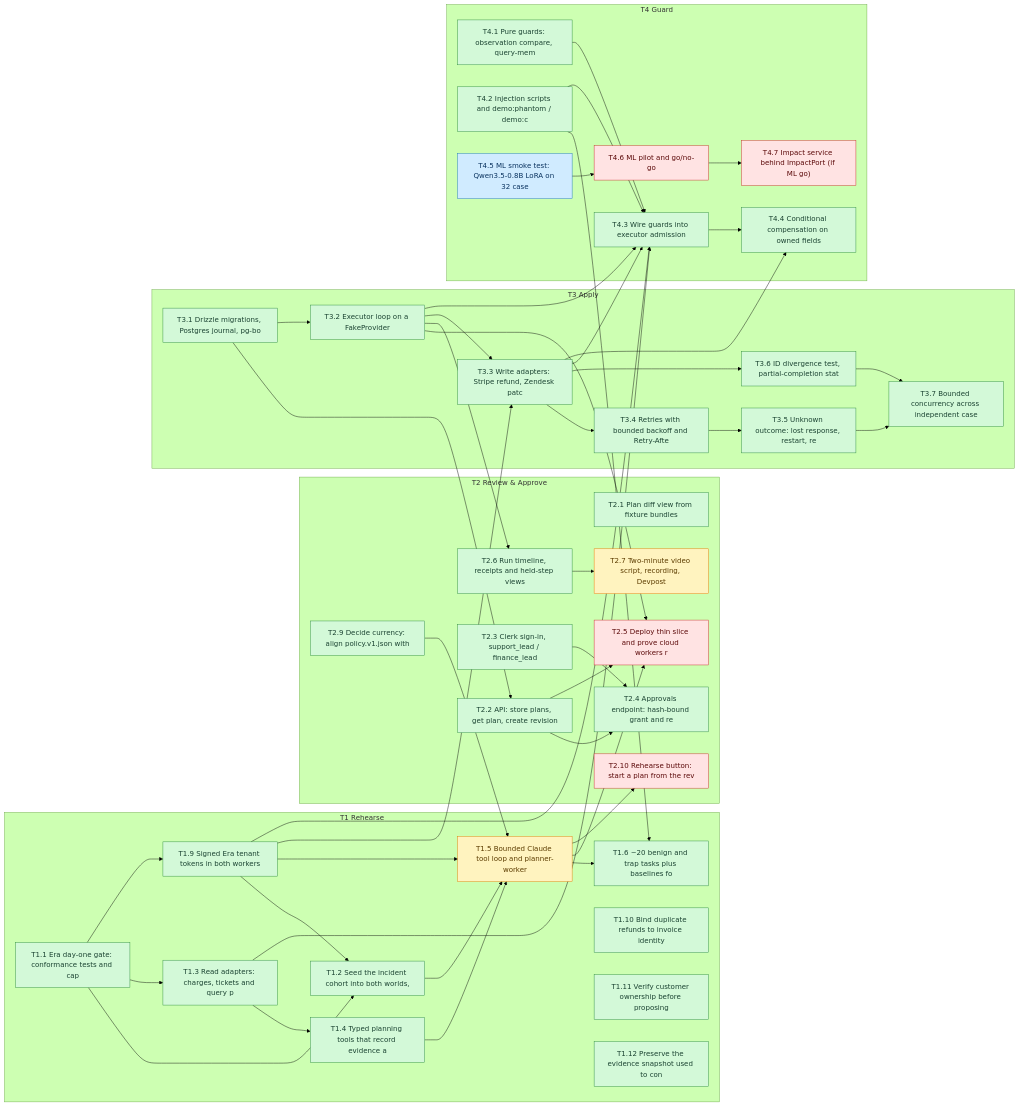
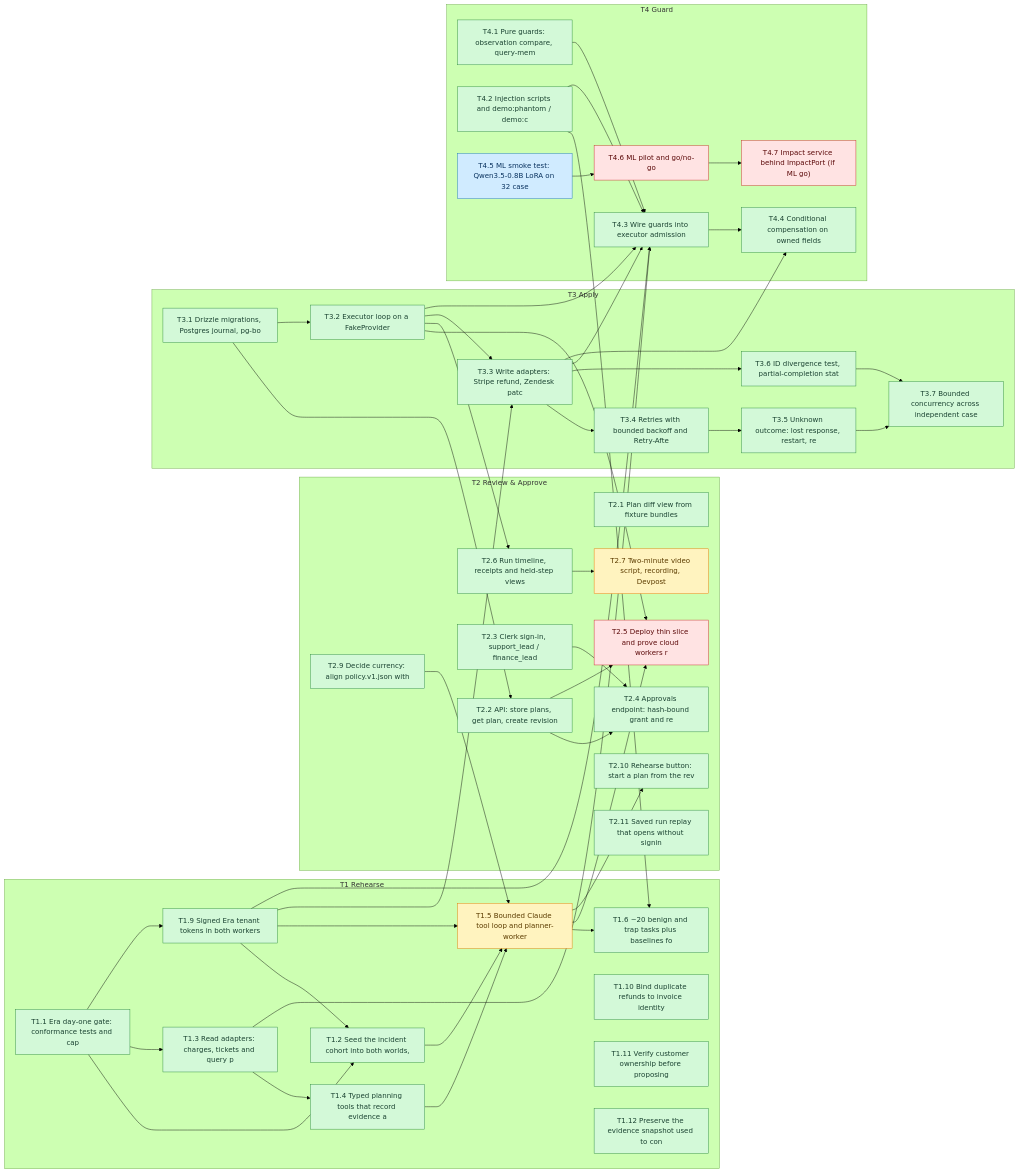
The diagram in BLOCKERS.md (SoroushRF/Rehearsal), drawn with Mermaid (forest theme) before and after one commit. The commit also changed other lines of this file, not shown here.

```diff
--- a/BLOCKERS.md
+++ b/BLOCKERS.md
@@ -110,7 +111,8 @@
     T2_6["T2.6 Run timeline, receipts and held-step views "]:::done
     T2_7["T2.7 Two-minute video script, recording, Devpost"]:::ready
     T2_9["T2.9 Decide currency: align policy.v1.json with "]:::done
-    T2_10["T2.10 Rehearse button: start a plan from the rev"]:::blocked
+    T2_10["T2.10 Rehearse button: start a plan from the rev"]:::done
+    T2_11["T2.11 Saved run replay that opens without signin"]:::done
   end
   subgraph T3[T3 Apply]
     T3_1["T3.1 Drizzle migrations, Postgres journal, pg-bo"]:::done
```
